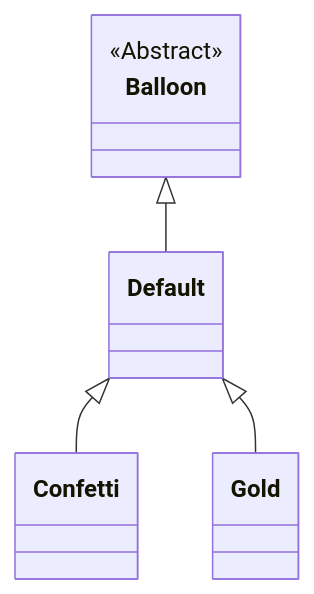
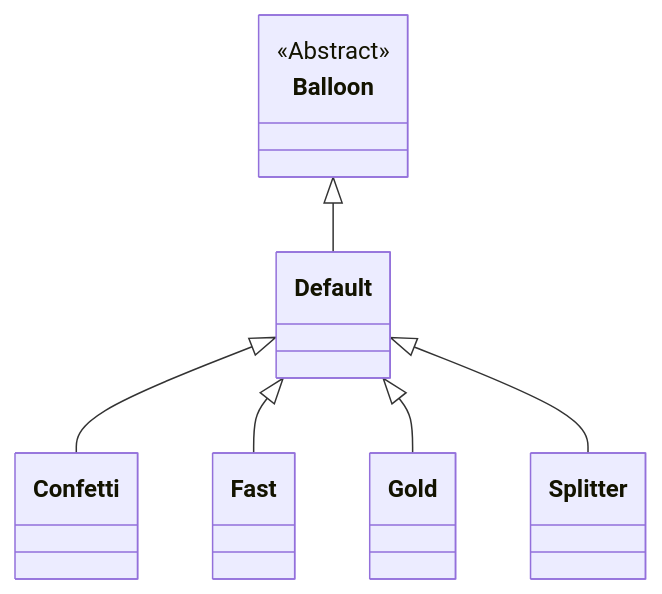
Before and after one commit to SimonStnn/pop-a-loon: the second of 3 diagrams in docs/README.md, drawn with Mermaid. The commit also changed other lines of this file and 3 other files, not shown here.

````diff
--- a/docs/README.md
+++ b/docs/README.md
@@ -284,9 +285,11 @@
 ```mermaid
 classDiagram
 direction BT
 class Balloon { <<Abstract>> }
 
 Default --|> Balloon
 Confetti --|> Default
+Fast --|> Default
 Gold --|> Default
+Splitter --|> Default
 ```
````
